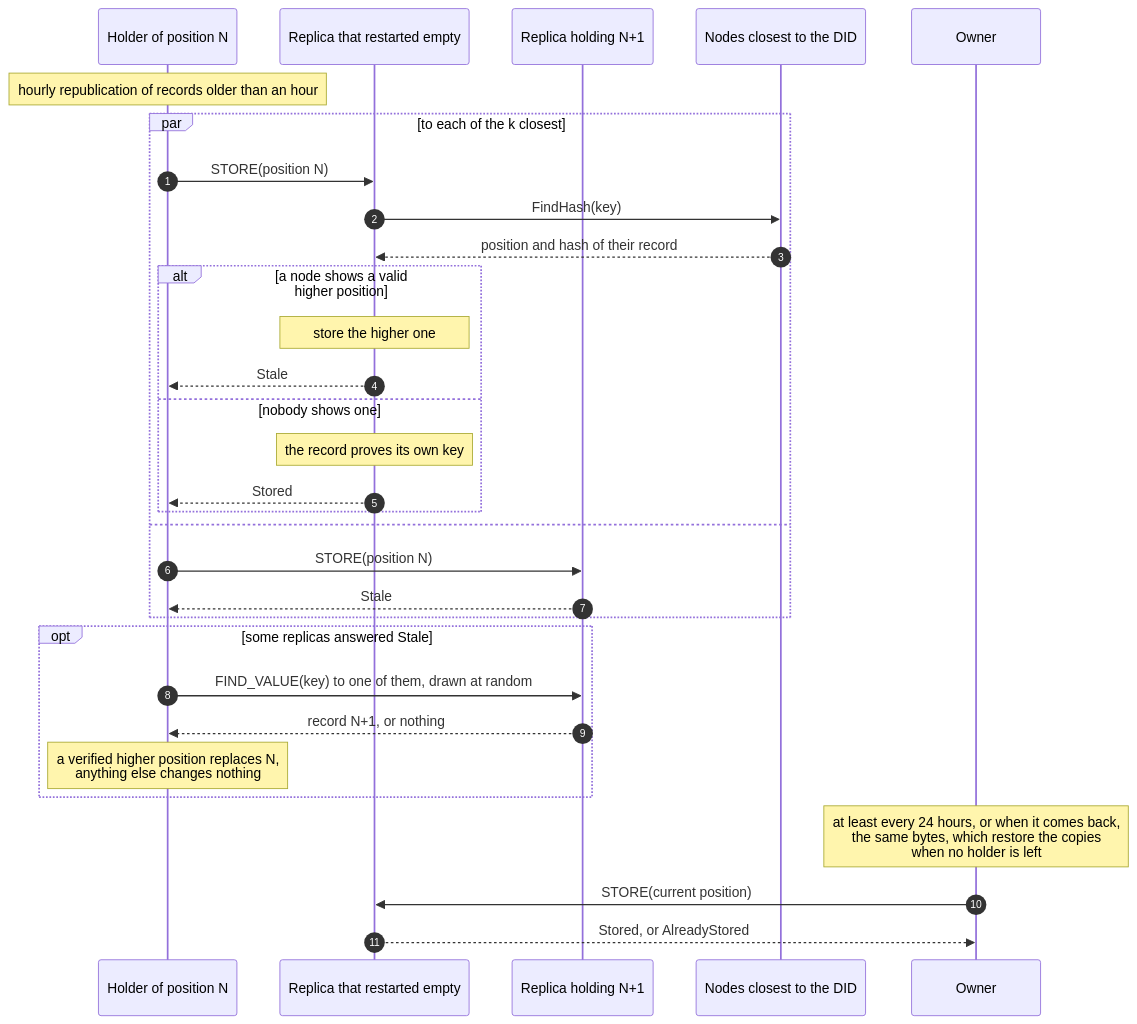
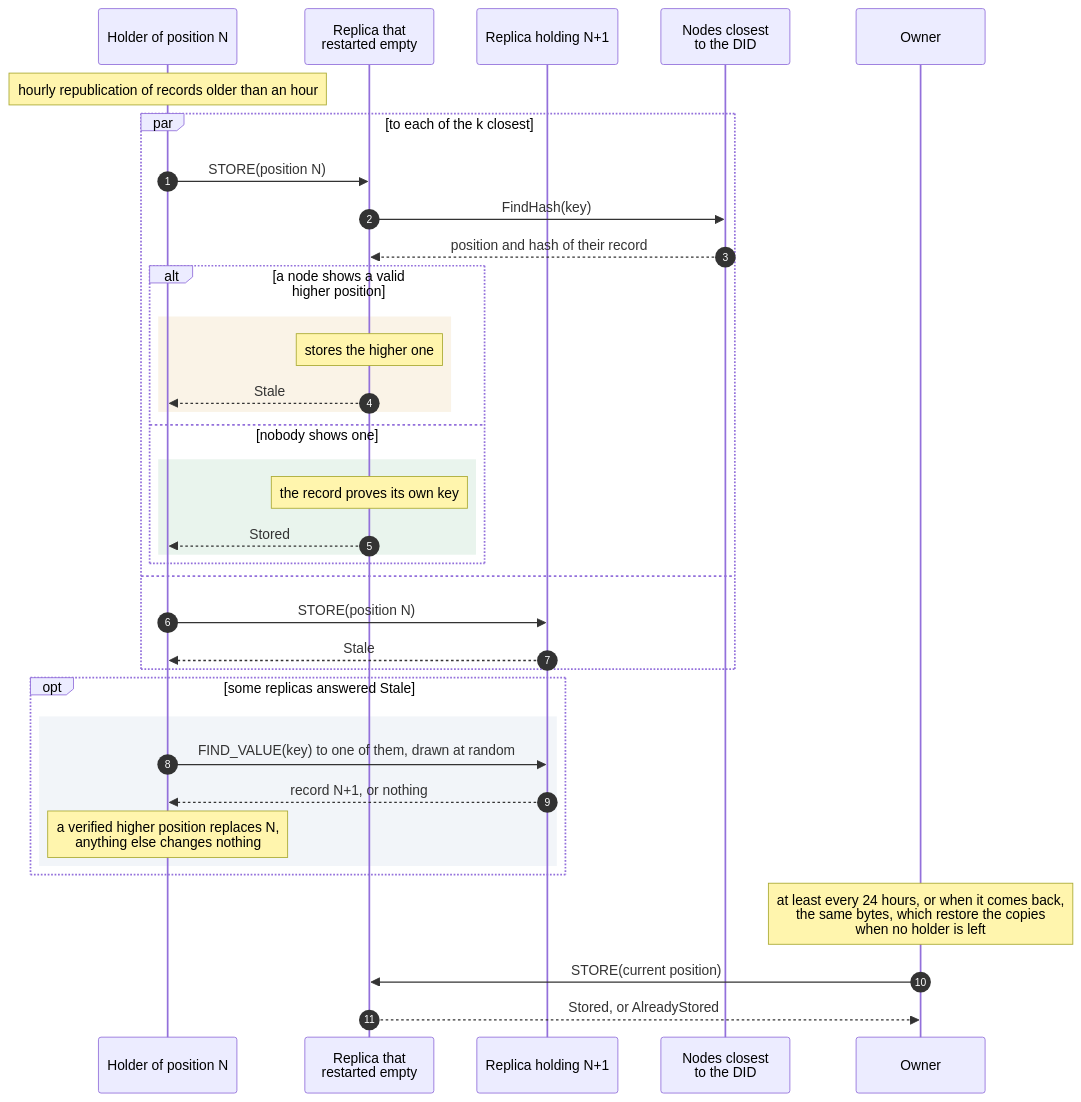
The diagram in docs/design/repair.mmd (fratrung/auth-kademlia-rs), drawn with Mermaid before and after one commit. The commit also changed 28 other files, not shown here.

```diff
--- a/docs/design/repair.mmd
+++ b/docs/design/repair.mmd
@@ -1,31 +1,37 @@
 sequenceDiagram
     autonumber
     participant H as Holder of position N
-    participant E as Replica that restarted empty
+    participant E as Replica that<br/>restarted empty
     participant R as Replica holding N+1
-    participant C as Nodes closest to the DID
+    participant C as Nodes closest<br/>to the DID
     participant O as Owner
     Note over H: hourly republication of records older than an hour
     par to each of the k closest
         H->>E: STORE(position N)
         E->>C: FindHash(key)
         C-->>E: position and hash of their record
         alt a node shows a valid higher position
-            Note over E: store the higher one
+            rect rgba(201, 138, 27, 0.10)
+            Note over E: stores the higher one
             E-->>H: Stale
+            end
         else nobody shows one
+            rect rgba(47, 143, 78, 0.10)
             Note over E: the record proves its own key
             E-->>H: Stored
+            end
         end
     and
         H->>R: STORE(position N)
         R-->>H: Stale
     end
     opt some replicas answered Stale
+        rect rgba(91, 127, 174, 0.08)
         H->>R: FIND_VALUE(key) to one of them, drawn at random
         R-->>H: record N+1, or nothing
         Note over H: a verified higher position replaces N,<br/>anything else changes nothing
+        end
     end
     Note over O: at least every 24 hours, or when it comes back,<br/>the same bytes, which restore the copies<br/>when no holder is left
     O->>E: STORE(current position)
     E-->>O: Stored, or AlreadyStored
```
